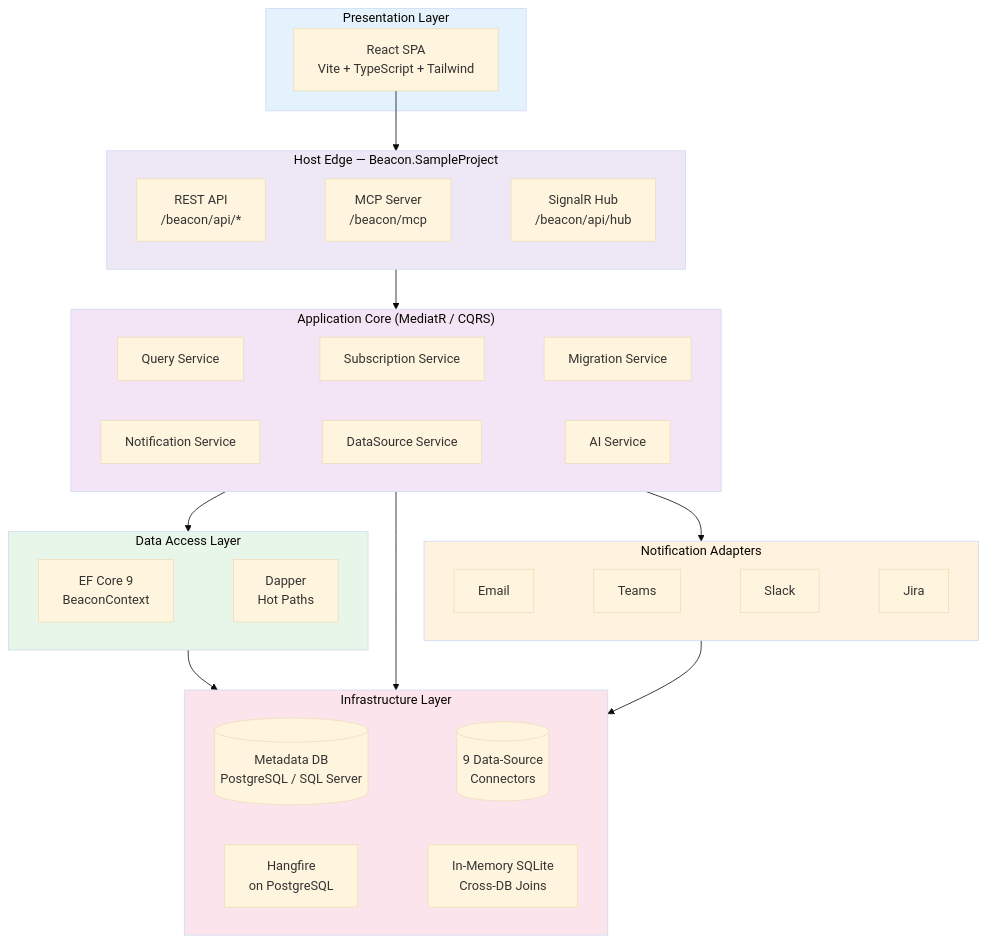
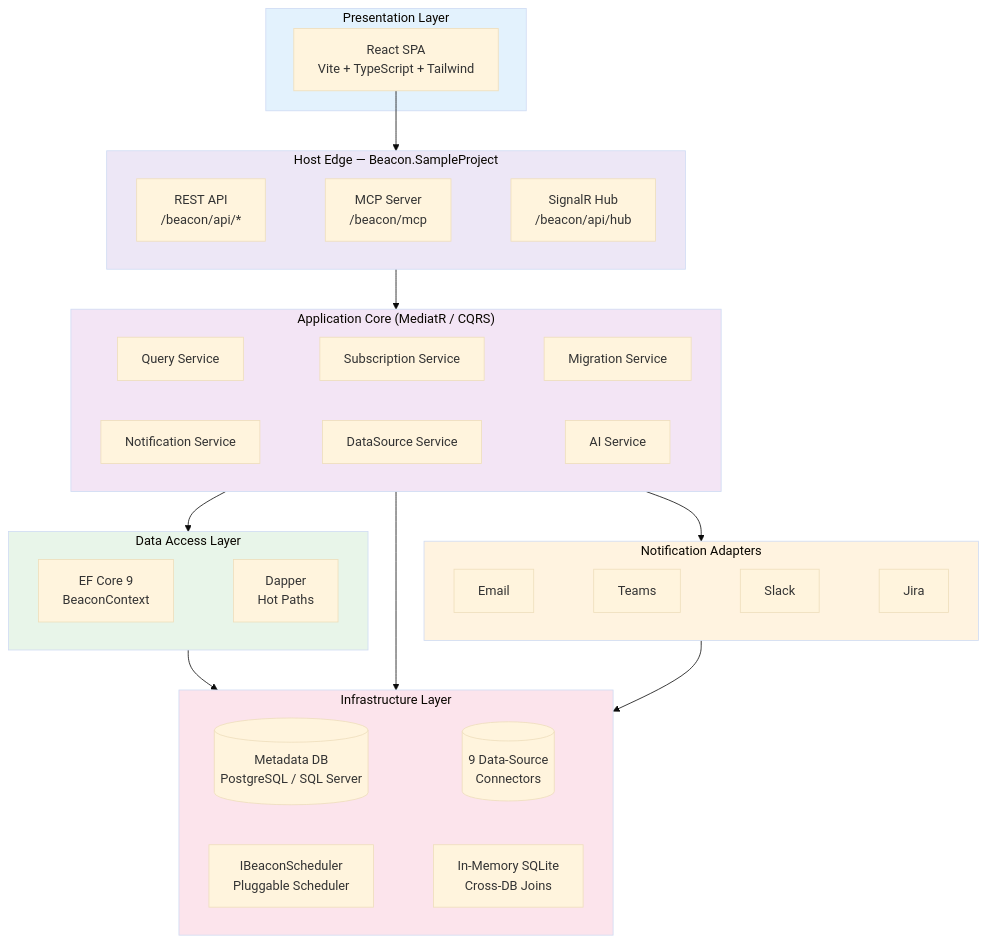
The first of 2 diagrams in README.md (moberghr/beacon), drawn with Mermaid (base theme) before and after one commit. The commit also changed other lines of this file and 9 other files, not shown here.

First line of the commit message:
docs: remove hangfire from readme and docs, scheduling is pluggable via IBeaconScheduler

````diff
--- a/README.md
+++ b/README.md
@@ -161,43 +160,43 @@
 ```mermaid
 graph TB
     subgraph UI["Presentation Layer"]
         React[React SPA<br/>Vite + TypeScript + Tailwind]
     end
 
     subgraph Edge["Host Edge — Beacon.SampleProject"]
         RestApi[REST API<br/>/beacon/api/*] ~~~ Mcp[MCP Server<br/>/beacon/mcp] ~~~ Hub[SignalR Hub<br/>/beacon/api/hub]
     end
 
     subgraph Core["Application Core (MediatR / CQRS)"]
         QuerySvc[Query Service] ~~~ SubSvc[Subscription Service] ~~~ MigSvc[Migration Service]
         NotifSvc[Notification Service] ~~~ DataSrcSvc[DataSource Service] ~~~ AiSvc[AI Service]
     end
 
     subgraph Adapters["Notification Adapters"]
         EmailAdapter[Email] ~~~ TeamsAdapter[Teams] ~~~ SlackAdapter[Slack] ~~~ JiraAdapter[Jira]
     end
 
     subgraph Data["Data Access Layer"]
         EFCore[EF Core 9<br/>BeaconContext] ~~~ Dapper[Dapper<br/>Hot Paths]
     end
 
     subgraph Infrastructure["Infrastructure Layer"]
         Meta[(Metadata DB<br/>PostgreSQL / SQL Server)] ~~~ Sources[(9 Data-Source<br/>Connectors)]
-        Scheduler[Hangfire<br/>on PostgreSQL] ~~~ SQLiteVM[In-Memory SQLite<br/>Cross-DB Joins]
+        Scheduler[IBeaconScheduler<br/>Pluggable Scheduler] ~~~ SQLiteVM[In-Memory SQLite<br/>Cross-DB Joins]
     end
 
     React --> Edge
     Edge --> Core
     Core --> Adapters
     Core --> Data
     Data --> Infrastructure
     Core --> Infrastructure
     Adapters --> Infrastructure
 
     style UI fill:#e3f2fd
     style Edge fill:#ede7f6
     style Core fill:#f3e5f5
     style Adapters fill:#fff3e0
     style Data fill:#e8f5e9
     style Infrastructure fill:#fce4ec
 ```
````
